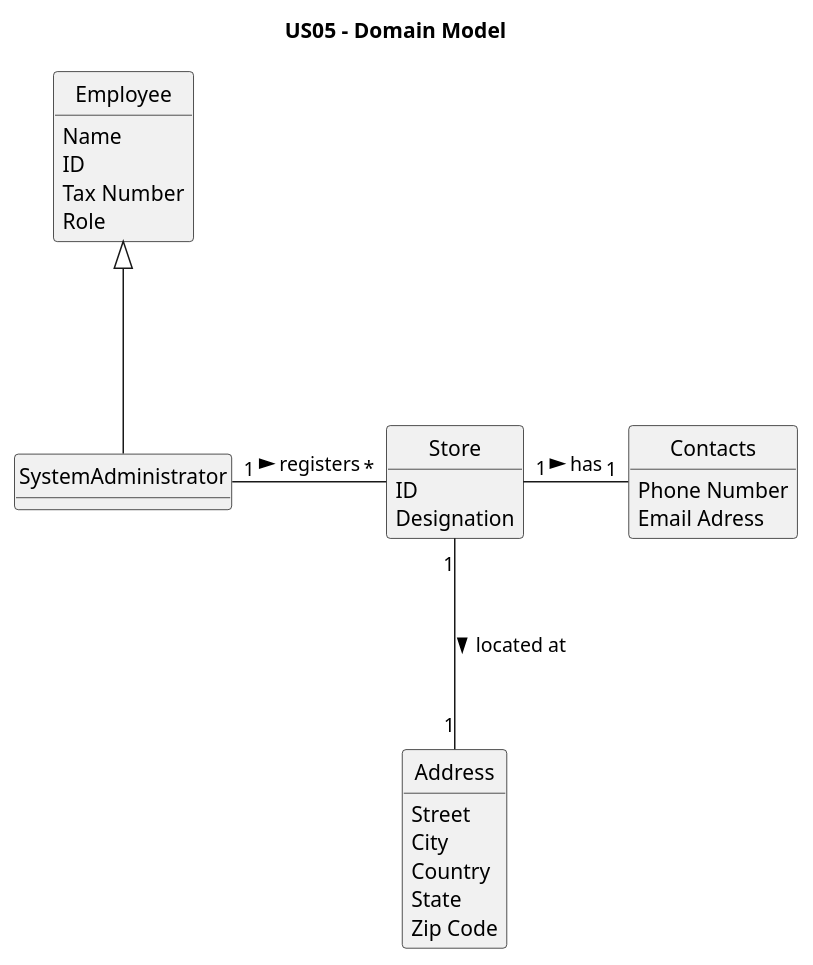
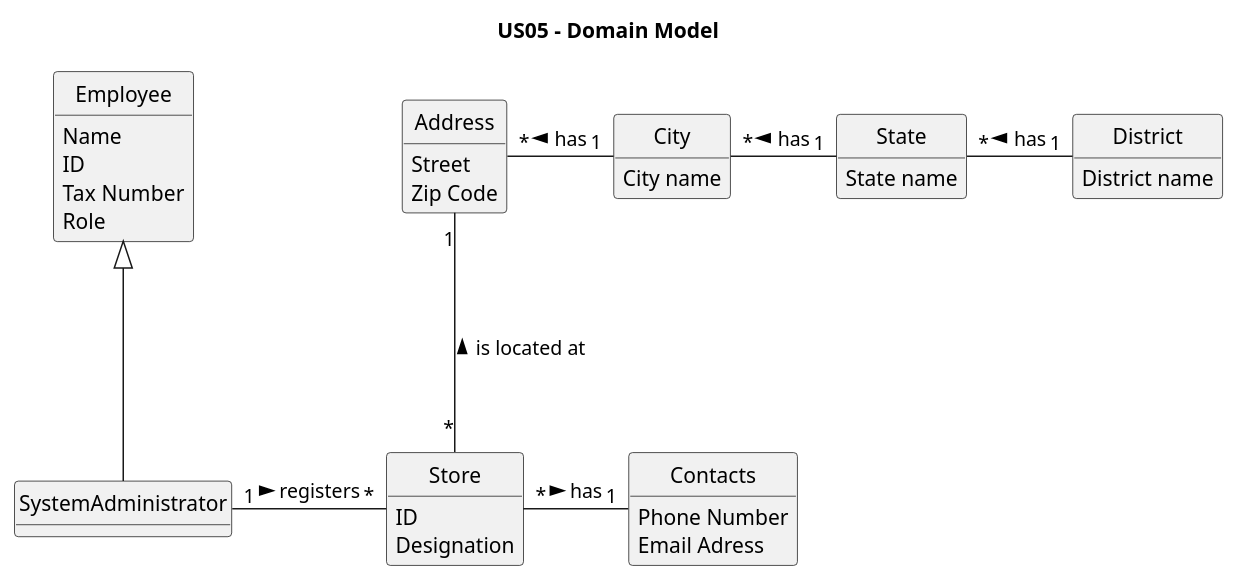
One commit to PureNimble/ISEP-LAPR2 changed the diagram in docs/sprintB/US05/02.analysis/puml/us05-domain-model.puml. Above: the diagram before and after it, drawn with PlantUML. The commit also changed 2 other files, not shown here.

```diff
--- a/docs/sprintB/US05/02.analysis/puml/us05-domain-model.puml
+++ b/docs/sprintB/US05/02.analysis/puml/us05-domain-model.puml
@@ -1,55 +1,74 @@
 @startuml
 
 title US05 - Domain Model
 
 skinparam groupInheritance 2
 skinparam monochrome true
 skinparam packageStyle rectangle
 skinparam shadowing false
 skinparam classAttributeIconSize 0
 hide circle
 hide methods
 
 class SystemAdministrator
 
 class Address
 
+class State
+
+class District
+
+class City
+
 class Contacts
 
 class Store
 
-class SystemAdministrator{
+class SystemAdministrator {
 
 }
 
-class Employee{
+class Employee {
     Name
     ID
     Tax Number
     Role
 }
 
 class Contacts {
     Phone Number
     Email Adress
 }
 
 class Store {
     ID
     Designation
 }
 
+class State {
+    State name
+}
+
+class District {
+    District name
+}
+
+class City {
+    City name
+}
+
 class Address {
     Street
-    City
-    Country
-    State
     Zip Code
 }
 
-Store "1" -down-- "1" Address: located at >
-Store "1" -right-- "1" Contacts: has >
+Store "*" -up-- "1" Address: is located at >
+Store "*" -right-- "1" Contacts: has >
 SystemAdministrator "1" -right-- "*" Store: registers >
+District "1" -left-- "*" State : has >
+State "1" -left-- "*" City : has >
+City "1" -left-- "*" Address : has >
+
 Employee <|--- SystemAdministrator
 
 @enduml
```
